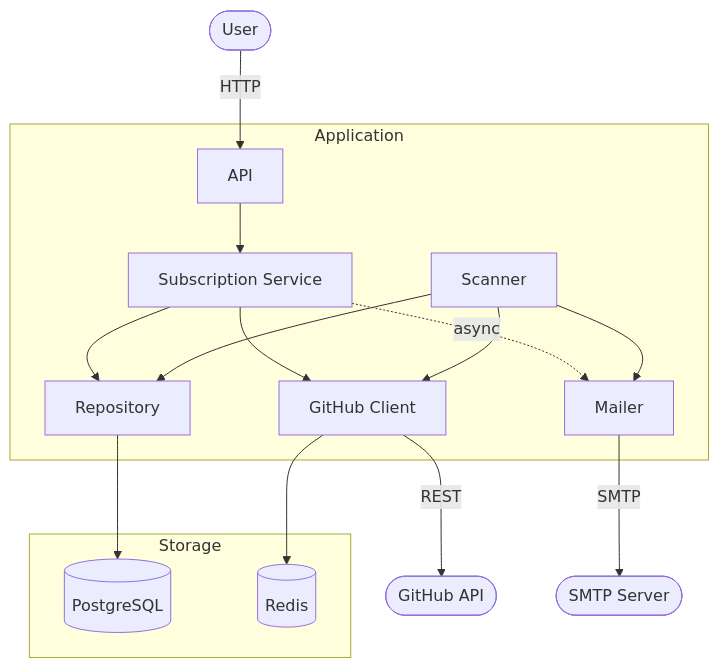
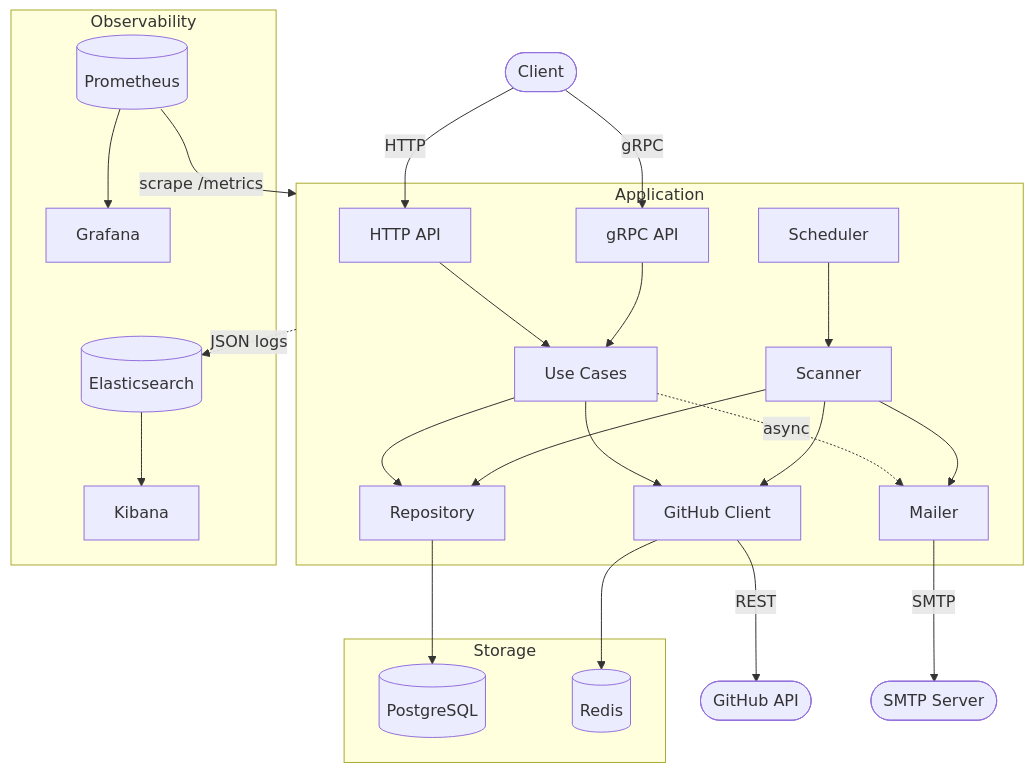
The first of 3 diagrams in docs/sdd.md (GenesisEducationKyiv/software-engineering-school-6-0-mzabrodin), drawn with Mermaid before and after one commit. The commit also changed other lines of this file, not shown here.

Commit message:
docs: expand SDD with gRPC, hexagonal architecture, observability, and email dispatch details

````diff
--- a/docs/sdd.md
+++ b/docs/sdd.md
@@ -36,34 +52,49 @@
 ```mermaid
 flowchart TD
-    User([User])
+    User([Client])
 
     subgraph app[Application]
-        API[API]
-        Service[Subscription Service]
+        HTTP[HTTP API]
+        GRPC[gRPC API]
+        UC[Use Cases]
+        Scheduler[Scheduler]
         Scanner[Scanner]
         GHClient[GitHub Client]
         Mailer[Mailer]
         Repo[Repository]
     end
 
     subgraph storage[Storage]
         DB[(PostgreSQL)]
         Redis[(Redis)]
     end
 
+    subgraph obs[Observability]
+        Prom[(Prometheus)]
+        Graf[Grafana]
+        ES[(Elasticsearch)]
+        Kib[Kibana]
+    end
+
     GHAPI([GitHub API])
     SMTP([SMTP Server])
-
-    User -- HTTP --> API
-    API --> Service
-    Service --> GHClient
-    Service --> Repo
-    Service -. async .-> Mailer
+    User -- HTTP --> HTTP
+    User -- gRPC --> GRPC
+    HTTP --> UC
+    GRPC --> UC
+    Scheduler --> Scanner
+    UC --> Repo
+    UC --> GHClient
+    UC -. async .-> Mailer
     Scanner --> GHClient
     Scanner --> Repo
     Scanner --> Mailer
     Repo --> DB
     GHClient --> Redis
     GHClient -- REST --> GHAPI
     Mailer -- SMTP --> SMTP
+    Prom -- scrape /metrics --> app
+    Prom --> Graf
+    app -. JSON logs .-> ES
+    ES --> Kib
 ```
````
